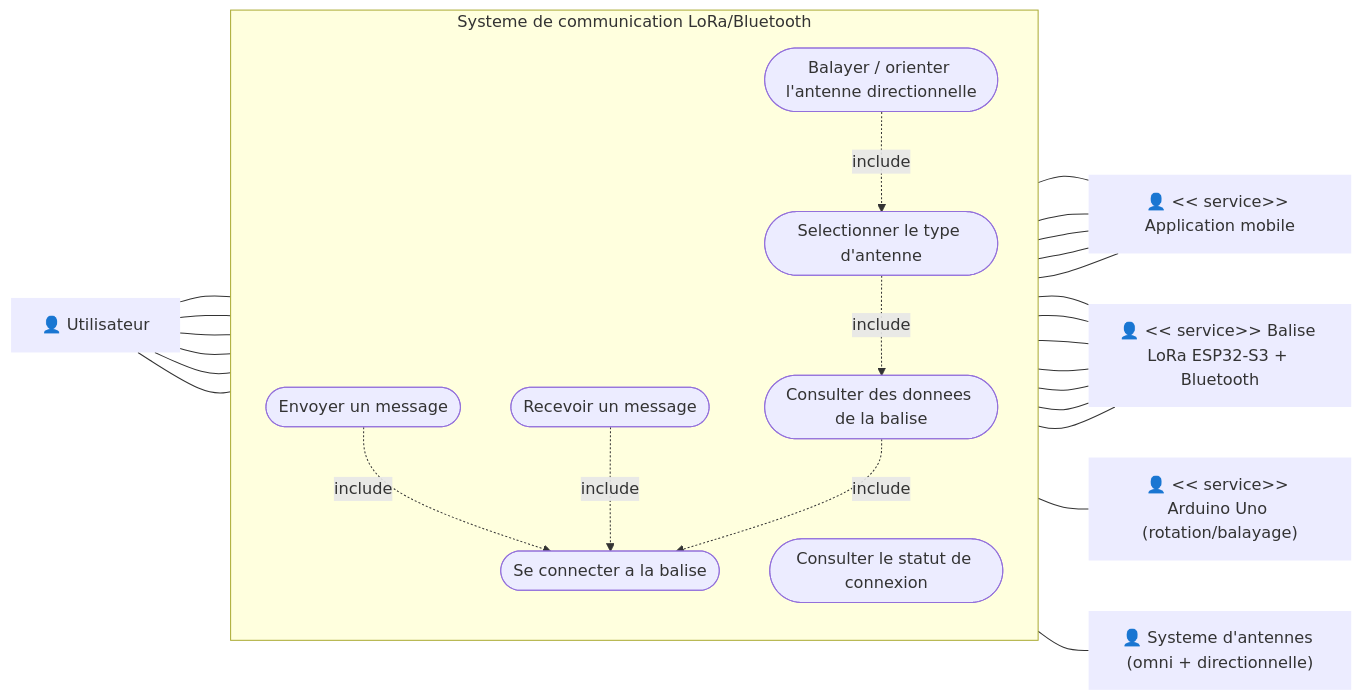
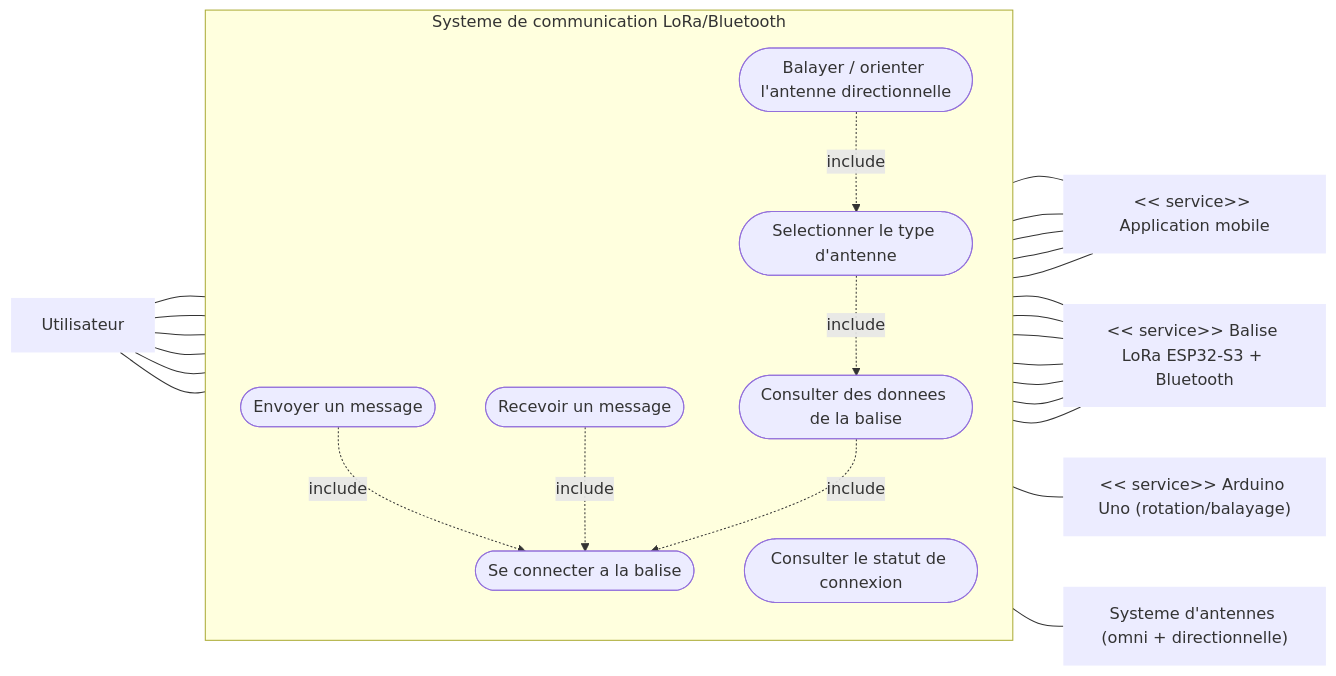
The first of 6 diagrams in Diagrammes_SysML_Projet_LoRa.md (SHU445/Projet-LoRa-72h), drawn with Mermaid before and after one commit.

Commit message:
c le bordel

````diff
--- a/Diagrammes_SysML_Projet_LoRa.md
+++ b/Diagrammes_SysML_Projet_LoRa.md
@@ -11,51 +11,51 @@
 ```mermaid
 flowchart LR
-  rU["👤 Utilisateur"]:::role
-  rAPP["👤 << service>> Application mobile"]:::role
-  rBT["👤 << service>> Balise LoRa ESP32-S3 + Bluetooth"]:::role
-  rARD["👤 << service>> Arduino Uno (rotation/balayage)"]:::role
-  rANT["👤 Systeme d'antennes (omni + directionnelle)"]:::role
+  rU["Utilisateur"]:::role
+  rAPP["<< service>> Application mobile"]:::role
+  rBT["<< service>> Balise LoRa ESP32-S3 + Bluetooth"]:::role
+  rARD["<< service>> Arduino Uno (rotation/balayage)"]:::role
+  rANT["Systeme d'antennes (omni + directionnelle)"]:::role
 
   subgraph S["Systeme de communication LoRa/Bluetooth"]
     direction TB
     ucConnect([Se connecter a la balise])
     ucSend([Envoyer un message])
     ucReceive([Recevoir un message])
     ucStatus([Consulter le statut de connexion])
     ucData([Consulter des donnees de la balise])
     ucSelectAntenna([Selectionner le type d'antenne])
     ucScan([Balayer / orienter l'antenne directionnelle])
-    
+
     ucSend -. include .-> ucConnect
     ucReceive -. include .-> ucConnect
     ucData -. include .-> ucConnect
     ucSelectAntenna -. include .-> ucData
     ucScan -. include .-> ucSelectAntenna
   end
 
   rU --- ucConnect
   rU --- ucSend
   rU --- ucReceive
   rU --- ucStatus
   rU --- ucData
   rU --- ucSelectAntenna
 
   ucConnect --- rAPP
   ucSend --- rAPP
   ucReceive --- rAPP
   ucStatus --- rAPP
   ucData --- rAPP
 
   ucConnect --- rBT
   ucSend --- rBT
   ucReceive --- rBT
   ucStatus --- rBT
   ucData --- rBT
   ucSelectAntenna --- rBT
   ucScan --- rBT
 
   ucScan --- rARD
   ucScan --- rANT
 
   classDef role stroke-width:0px;
 ```
````
